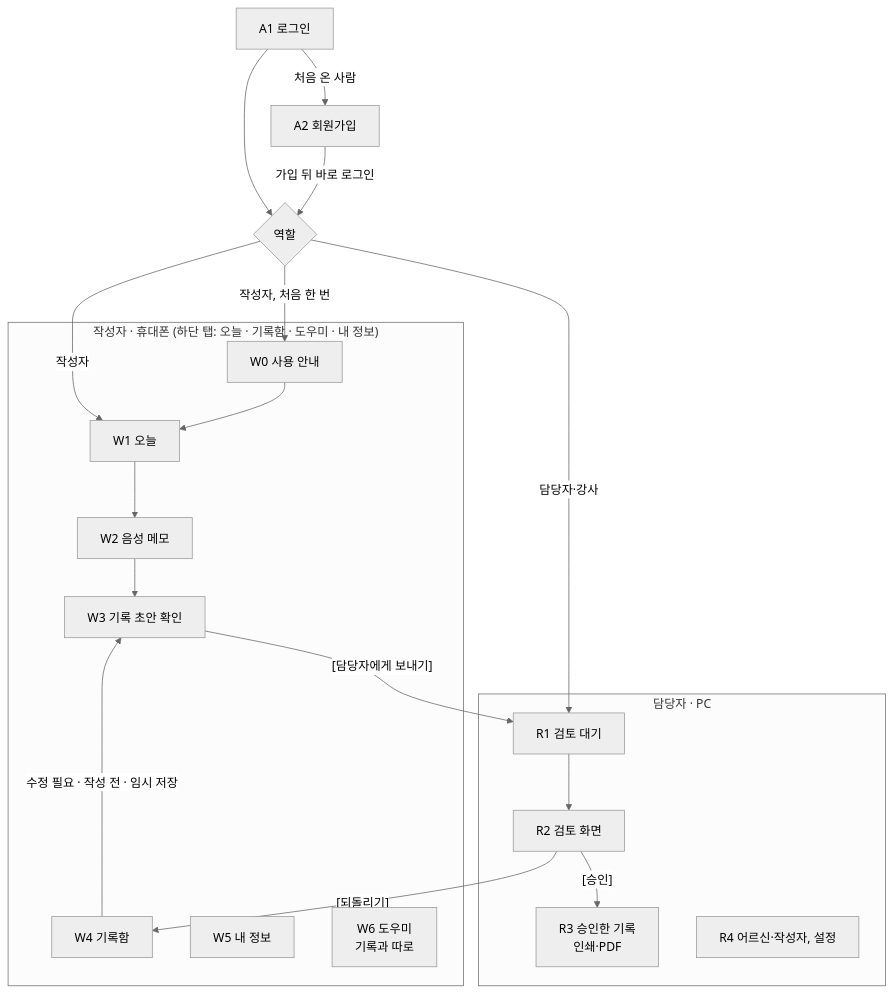
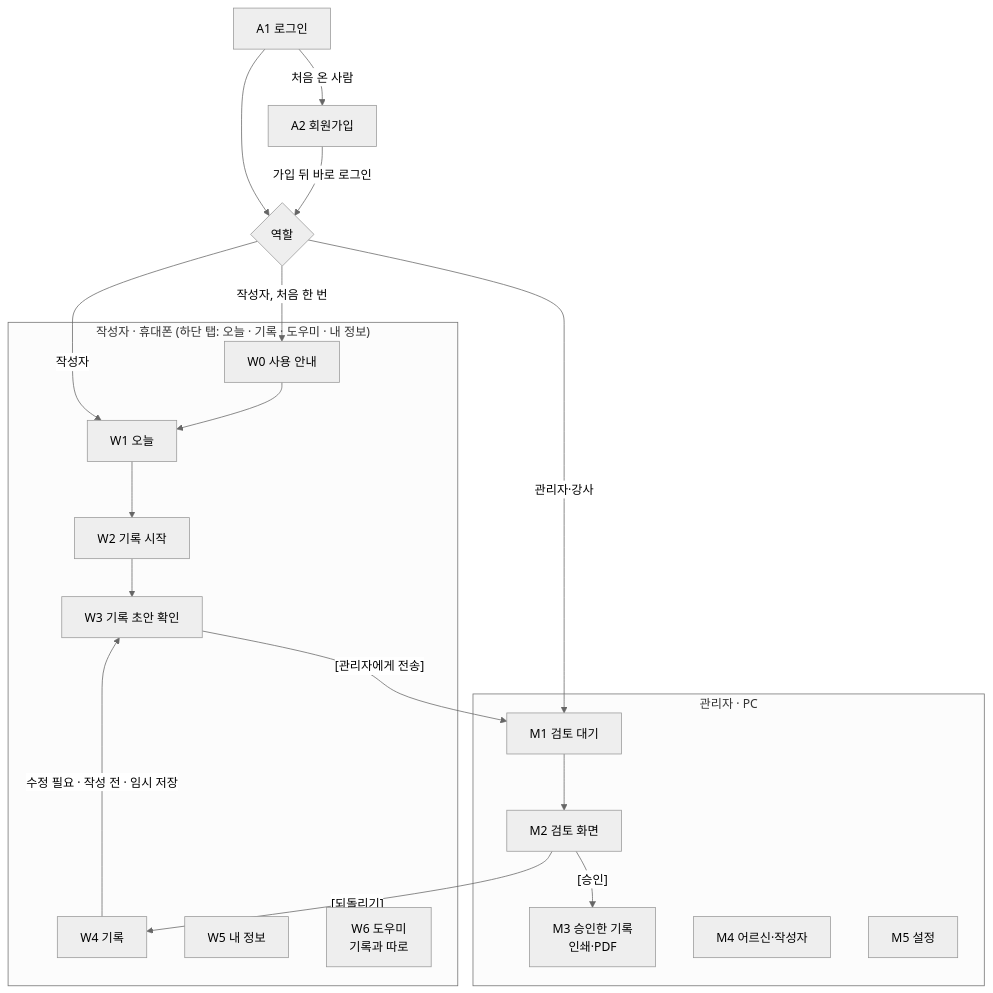
The diagram in 문서/설계/화면-v1.3.md (2dion/CareBridge), drawn with Mermaid (neutral theme) before and after one commit. The commit also changed other lines of this file and 11 other files, not shown here.

````diff
--- a/문서/설계/화면-v1.3.md
+++ b/문서/설계/화면-v1.3.md
@@ -71,24 +74,25 @@
 ```mermaid
 flowchart TD
   A1["A1 로그인"] -->|"처음 온 사람"| A2["A2 회원가입"]
   A1 --> ROLE{"역할"}
   A2 -->|"가입 뒤 바로 로그인"| ROLE
   ROLE -->|"작성자, 처음 한 번"| W0["W0 사용 안내"]
   ROLE -->|작성자| W1
-  ROLE -->|"담당자·강사"| R1
-  subgraph worker["작성자 · 휴대폰 (하단 탭: 오늘 · 기록함 · 도우미 · 내 정보)"]
+  ROLE -->|"관리자·강사"| M1
+  subgraph worker["작성자 · 휴대폰 (하단 탭: 오늘 · 기록 · 도우미 · 내 정보)"]
     W0 --> W1["W1 오늘"]
-    W1 --> W2["W2 음성 메모"]
+    W1 --> W2["W2 기록 시작"]
     W2 --> W3["W3 기록 초안 확인"]
-    W4["W4 기록함"] -->|"수정 필요 · 작성 전 · 임시 저장"| W3
+    W4["W4 기록"] -->|"수정 필요 · 작성 전 · 임시 저장"| W3
     W5["W5 내 정보"]
     W6["W6 도우미<br/>기록과 따로"]
   end
-  subgraph reviewer["담당자 · PC"]
-    R1["R1 검토 대기"] --> R2["R2 검토 화면"]
-    R2 -->|"[승인]"| R3["R3 승인한 기록<br/>인쇄·PDF"]
-    R4["R4 어르신·작성자, 설정"]
+  subgraph reviewer["관리자 · PC"]
+    M1["M1 검토 대기"] --> M2["M2 검토 화면"]
+    M2 -->|"[승인]"| M3["M3 승인한 기록<br/>인쇄·PDF"]
+    M4["M4 어르신·작성자"]
+    M5["M5 설정"]
   end
-  W3 -->|"[담당자에게 보내기]"| R1
-  R2 -->|"[되돌리기]"| W4
+  W3 -->|"[관리자에게 전송]"| M1
+  M2 -->|"[되돌리기]"| W4
 ```
````
